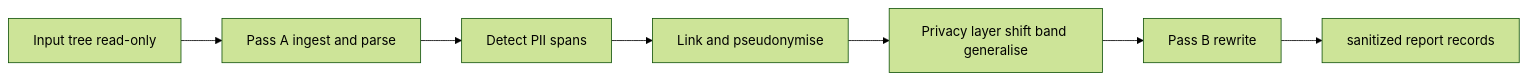
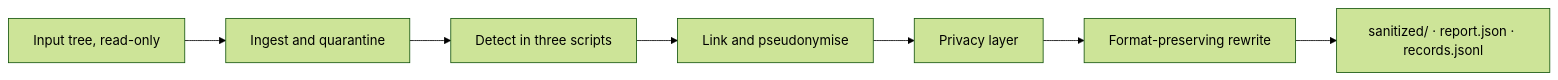
One commit to am-prasad/Anamika changed the diagram in README.md. Above: the diagram before and after it, drawn with Mermaid (forest theme). The commit also changed other lines of this file, not shown here.

Commit message:
docs: professional README with results, design, privacy model, security and documentation index

````diff
--- a/README.md
+++ b/README.md
@@ -177,9 +168,9 @@
 ```mermaid
 flowchart LR
-  I[Input tree read-only] --> A[Pass A ingest and parse]
-  A --> D[Detect PII spans]
+  I[Input tree, read-only] --> A[Ingest and quarantine]
+  A --> D[Detect in three scripts]
   D --> L[Link and pseudonymise]
-  L --> P[Privacy layer shift band generalise]
-  P --> W[Pass B rewrite]
-  W --> O[sanitized report records]
+  L --> P[Privacy layer]
+  P --> W[Format-preserving rewrite]
+  W --> O[sanitized/ · report.json · records.jsonl]
 ```
````
